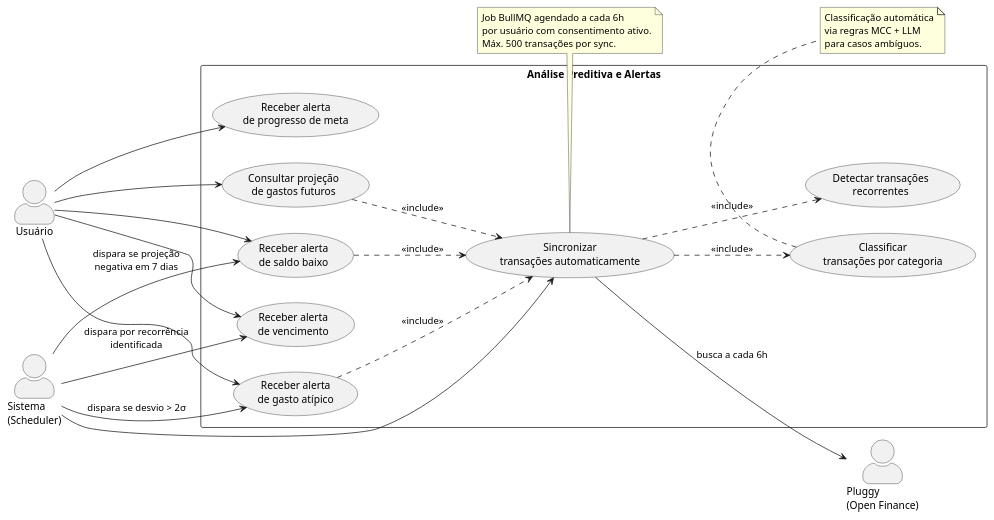
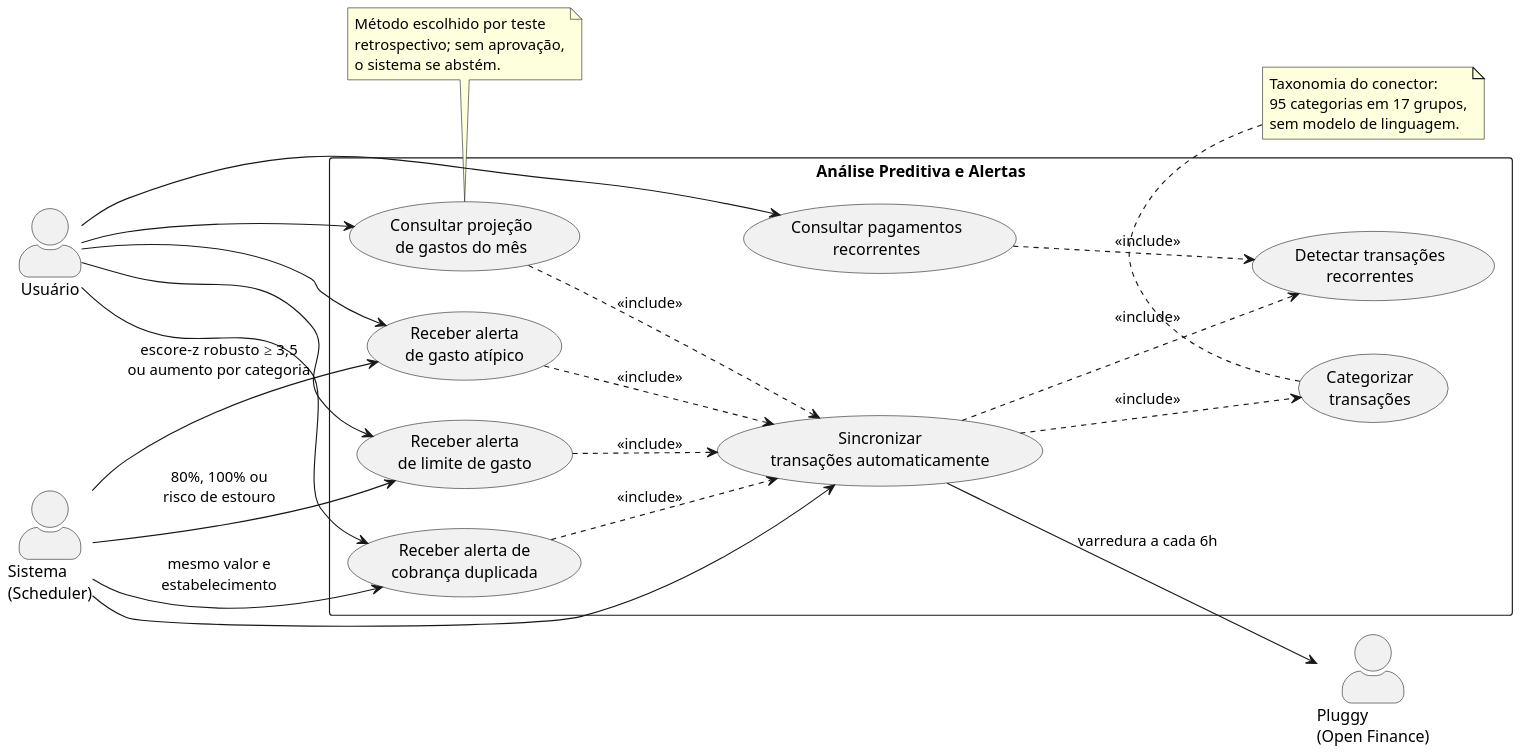
One commit to eigam-corp/thesis changed the diagram in puml/uc02_analise_preditiva.puml. Above: the diagram before and after it, drawn with PlantUML. The commit also changed 67 other files, not shown here.

```diff
--- a/puml/uc02_analise_preditiva.puml
+++ b/puml/uc02_analise_preditiva.puml
@@ -1,51 +1,56 @@
 @startuml UC02 - Analise Preditiva e Alertas
 left to right direction
 skinparam packageStyle rectangle
 skinparam actorStyle awesome
+skinparam defaultFontName Arial
+skinparam shadowing false
+skinparam dpi 150
 
 actor "Usuário" as U
 actor "Sistema\n(Scheduler)" as SYS
 actor "Pluggy\n(Open Finance)" as PL
 
 rectangle "Análise Preditiva e Alertas" {
     usecase "Receber alerta\nde gasto atípico" as UC10
-    usecase "Receber alerta\nde saldo baixo" as UC11
-    usecase "Receber alerta\nde vencimento" as UC12
-    usecase "Consultar projeção\nde gastos futuros" as UC13
+    usecase "Receber alerta\nde limite de gasto" as UC11
+    usecase "Consultar pagamentos\nrecorrentes" as UC12
+    usecase "Consultar projeção\nde gastos do mês" as UC13
     usecase "Detectar transações\nrecorrentes" as UC14
-    usecase "Classificar\ntransações por categoria" as UC15
+    usecase "Categorizar\ntransações" as UC15
     usecase "Sincronizar\ntransações automaticamente" as UC16
-    usecase "Receber alerta\nde progresso de meta" as UC17
+    usecase "Receber alerta de\ncobrança duplicada" as UC17
 }
 
 U --> UC10
 U --> UC11
 U --> UC12
 U --> UC13
 U --> UC17
 
 SYS --> UC16
-SYS --> UC10 : dispara se desvio > 2σ
-SYS --> UC11 : dispara se projeção\nnegativa em 7 dias
-SYS --> UC12 : dispara por recorrência\nidentificada
+SYS --> UC10 : escore-z robusto ≥ 3,5\nou aumento por categoria
+SYS --> UC11 : 80%, 100% ou\nrisco de estouro
+SYS --> UC17 : mesmo valor e\nestabelecimento
 
-UC16 --> PL : busca a cada 6h
+UC16 --> PL : varredura a cada 6h
 UC16 ..> UC15 : <<include>>
 UC16 ..> UC14 : <<include>>
+UC12 ..> UC14 : <<include>>
 UC13 ..> UC16 : <<include>>
 
 UC10 ..> UC16 : <<include>>
 UC11 ..> UC16 : <<include>>
+UC17 ..> UC16 : <<include>>
 
 note bottom of UC15
-  Classificação automática
-  via regras MCC + LLM
-  para casos ambíguos.
+  Taxonomia do conector:
+  95 categorias em 17 grupos,
+  sem modelo de linguagem.
 end note
 
-note bottom of UC16
-  Job BullMQ agendado a cada 6h
-  por usuário com consentimento ativo.
-  Máx. 500 transações por sync.
+note bottom of UC13
+  Método escolhido por teste
+  retrospectivo; sem aprovação,
+  o sistema se abstém.
 end note
 @enduml
```
